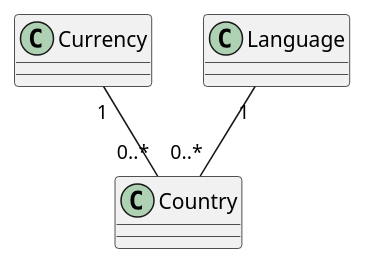
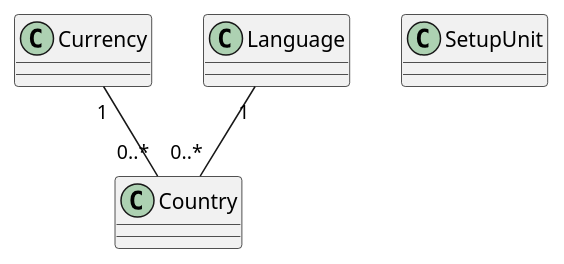
Before and after one commit to huybrechtsxyz/huybrechtsxyz: the diagram in src/website/Huybrechts.Core/Setup/_.plantuml, drawn with PlantUML. The commit also changed 12 other files, not shown here.

```diff
--- a/src/website/Huybrechts.Core/Setup/_.plantuml
+++ b/src/website/Huybrechts.Core/Setup/_.plantuml
@@ -1,15 +1,18 @@
 @startuml Platform CD
 
 class Currency {
 }
 
 class Language {
 }
 
 class Country {
 }
 
 Currency "1" -- "0..*" Country
 Language "1" -- "0..*" Country
 
+class SetupUnit {
+}
+
 @enduml
```
